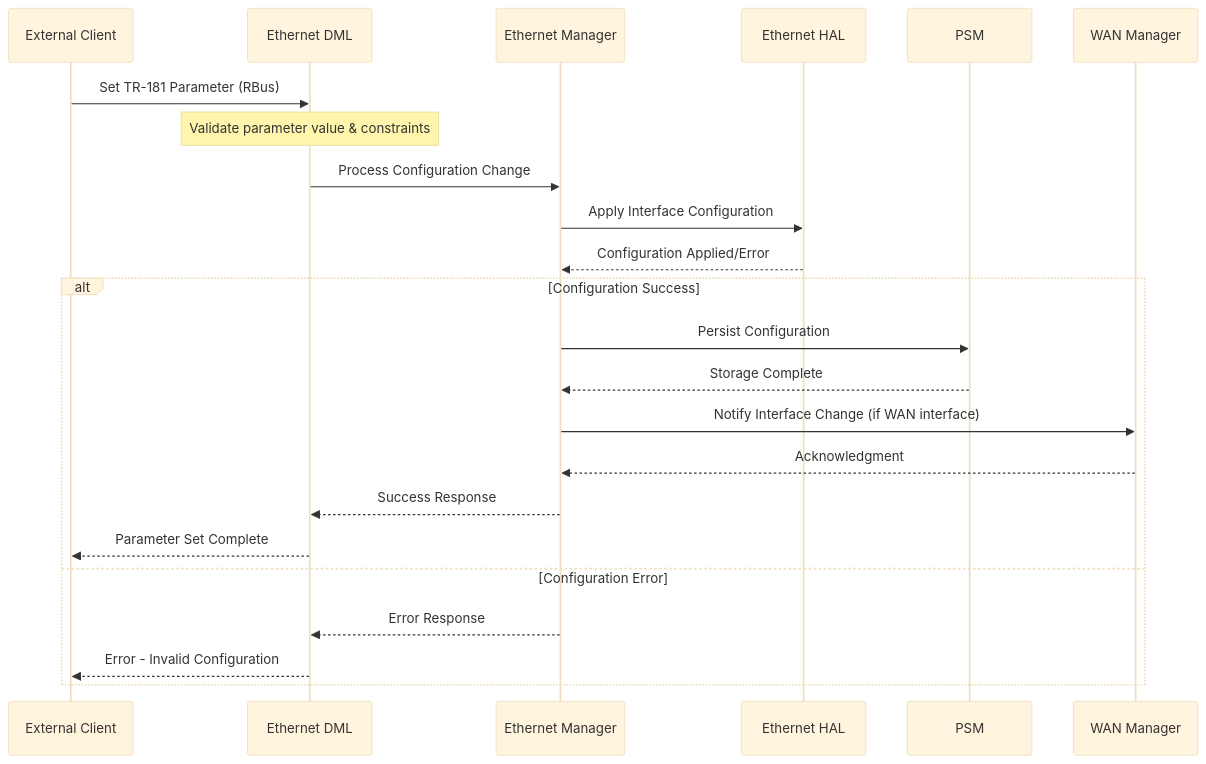
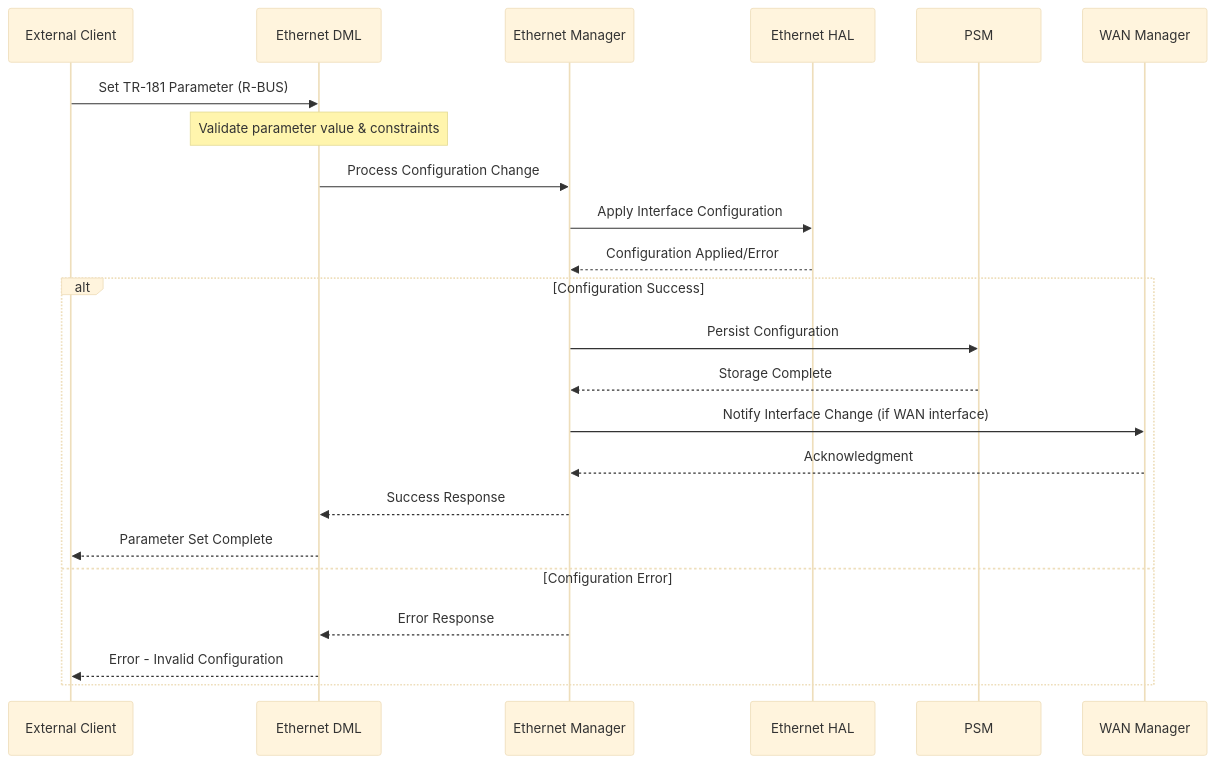
Before and after one commit to rdkcentral/ethernet-agent: the fifth of 7 diagrams in README.md, drawn with Mermaid (base theme). The commit also changed other lines of this file, not shown here.

````diff
--- a/README.md
+++ b/README.md
@@ -271,26 +271,26 @@
 ```mermaid
 sequenceDiagram
     participant Client as External Client
     participant DML as Ethernet DML
     participant Manager as Ethernet Manager  
     participant HAL as Ethernet HAL
     participant PSM as PSM
     participant WanMgr as WAN Manager
 
-    Client->>DML: Set TR-181 Parameter (RBus)
+    Client->>DML: Set TR-181 Parameter (R-BUS)
     Note over DML: Validate parameter value & constraints
     DML->>Manager: Process Configuration Change
     Manager->>HAL: Apply Interface Configuration
     HAL-->>Manager: Configuration Applied/Error
     alt Configuration Success
         Manager->>PSM: Persist Configuration
         PSM-->>Manager: Storage Complete
         Manager->>WanMgr: Notify Interface Change (if WAN interface)
         WanMgr-->>Manager: Acknowledgment
         Manager-->>DML: Success Response
         DML-->>Client: Parameter Set Complete
     else Configuration Error  
         Manager-->>DML: Error Response
         DML-->>Client: Error - Invalid Configuration
     end
 ```
````
